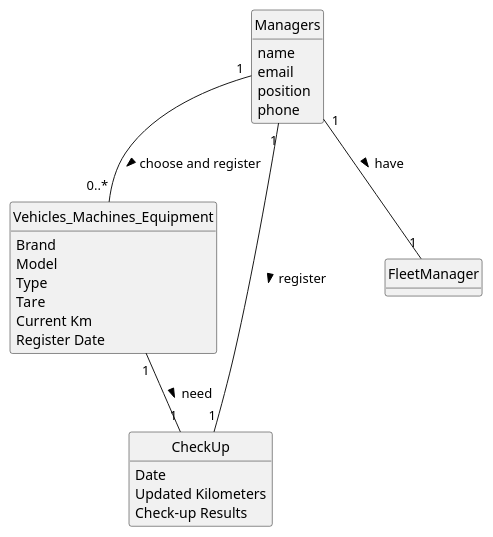
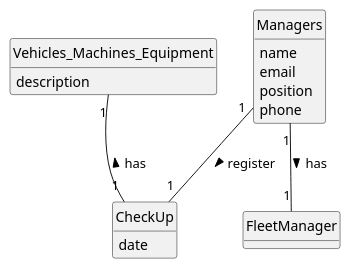
One commit to Departamento-de-Engenharia-Informatica/lei-24-s2-1df-1de-g063 changed the diagram in docs/sprintA/us007/02.analysis/puml/us007-domain-model.puml. Above: the diagram before and after it, drawn with PlantUML. The commit also changed 10 other files, not shown here.

```diff
--- a/docs/sprintA/us007/02.analysis/puml/us007-domain-model.puml
+++ b/docs/sprintA/us007/02.analysis/puml/us007-domain-model.puml
@@ -1,44 +1,36 @@
 @startuml
 skinparam monochrome true
 skinparam packageStyle rectangle
 skinparam shadowing false
 skinparam monochrome true
 skinparam packageStyle rectangle
 skinparam shadowing false
 'skinparam linetype ortho
 'left to right direction
 skinparam classAttributeIconSize 0
 hide circle
 hide methods
 
 class Vehicles_Machines_Equipment {
-  Brand
-  Model
-  Type
-  Tare
-  Current Km
-  Register Date
+  description
 }
 
 class CheckUp {
-  Date
-  Updated Kilometers
-  Check-up Results
+  date
 }
 
 class FleetManager {
 
 }
 
 class Managers {
     name
     email
     position
     phone
 }
 Managers "1" -- "1" CheckUp : register >
-Managers "1" -- "1" FleetManager : have >
-Vehicles_Machines_Equipment "1" -- "1" CheckUp : need >
-Managers "1" -- "0..*" Vehicles_Machines_Equipment : choose and register >
+Managers "1" -- "1" FleetManager : has >
+Vehicles_Machines_Equipment "1" -- "1" CheckUp : has <
 
 @enduml
```
